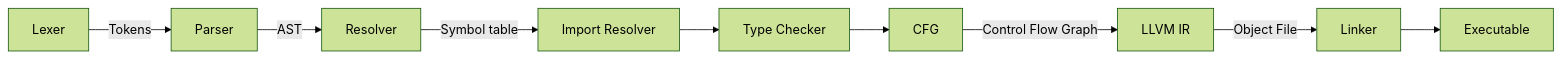
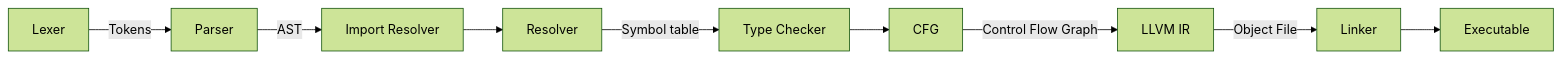
One commit to KrabbaTek/krabbascript changed the first of 5 diagrams in DESIGN.md. Above: the diagram before and after it, drawn with Mermaid (forest theme).

Commit message:
Change the compiler pipeline to have import resolver run first

````diff
--- a/DESIGN.md
+++ b/DESIGN.md
@@ -3,5 +3,5 @@
 ```mermaid
 flowchart LR
 
-Lexer -->|Tokens| Parser -->|AST| Resolver -->|Symbol table| IR["Import Resolver"] --> TC["Type Checker"] --> CFG -->|Control Flow Graph| LLVMIR["LLVM IR"] --> |Object File| Linker --> Executable
+Lexer -->|Tokens| Parser -->|AST| IR["Import Resolver"] --> Resolver -->|Symbol table| TC["Type Checker"] --> CFG -->|Control Flow Graph| LLVMIR["LLVM IR"] --> |Object File| Linker --> Executable
 ```
````
